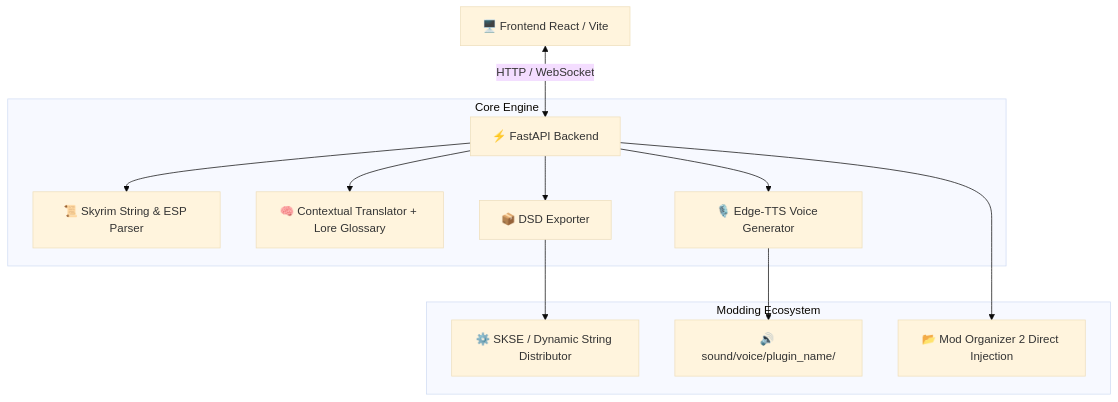
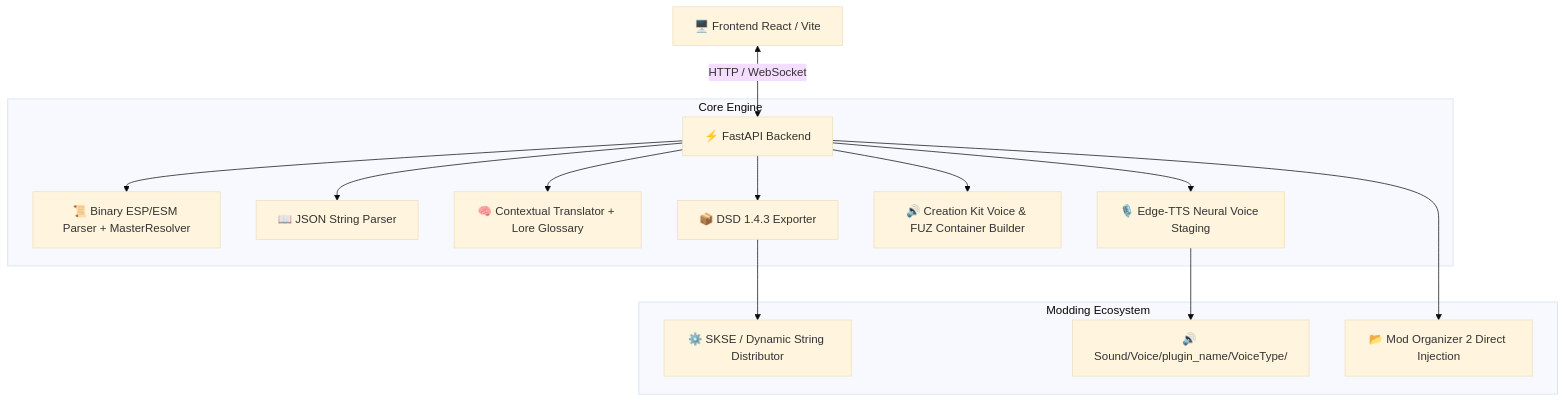
One commit to FacundoSu1986/skyrim-ai-translator changed the diagram in README.md. Above: the diagram before and after it, drawn with Mermaid (base theme). The commit also changed other lines of this file and 1 other file, not shown here.

````diff
--- a/README.md
+++ b/README.md
@@ -38,17 +43,19 @@
 ```mermaid
 graph TD
     UI[🖥️ Frontend React / Vite] <-->|HTTP / WebSocket| API[⚡ FastAPI Backend]
     
     subgraph Core Engine
-        API --> Parser[📜 Skyrim String & ESP Parser]
+        API --> ESPParser[📜 Binary ESP/ESM Parser + MasterResolver]
+        API --> JSONParser[📖 JSON String Parser]
         API --> Translator[🧠 Contextual Translator + Lore Glossary]
-        API --> TTS[🎙️ Edge-TTS Voice Generator]
-        API --> DSD[📦 DSD Exporter]
+        API --> TTS[🎙️ Edge-TTS Neural Voice Staging]
+        API --> VoiceAssets[🔊 Creation Kit Voice & FUZ Container Builder]
+        API --> DSD[📦 DSD 1.4.3 Exporter]
     end
 
     subgraph Modding Ecosystem
         DSD --> SKSE[⚙️ SKSE / Dynamic String Distributor]
-        TTS --> VoiceDir[🔊 sound/voice/plugin_name/]
+        TTS --> VoiceDir[🔊 Sound/Voice/plugin_name/VoiceType/]
         API --> MO2[📂 Mod Organizer 2 Direct Injection]
     end
 ```
````
